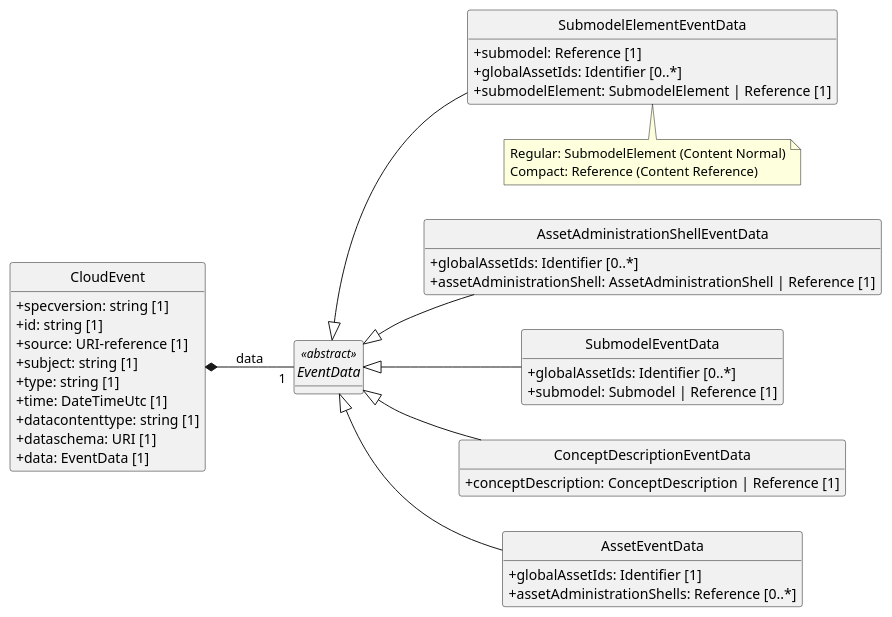
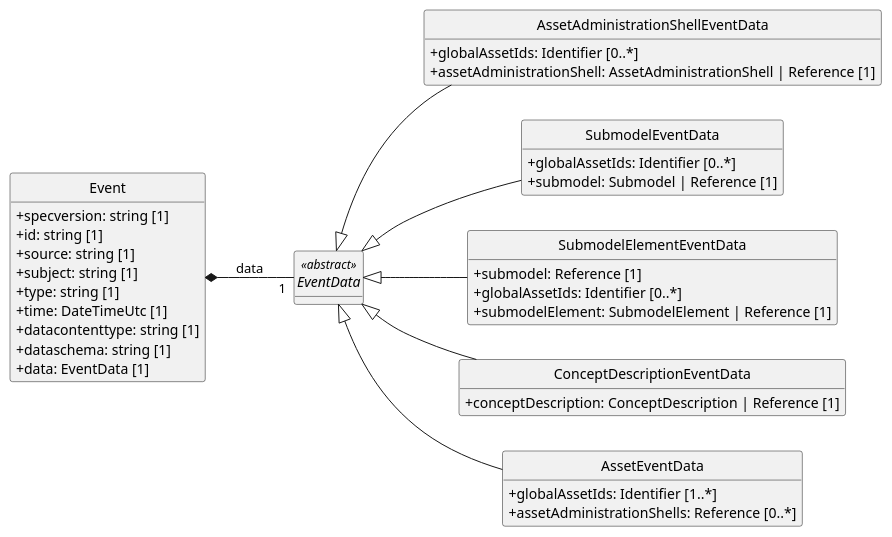
One commit to aaronzi/aas-specs-api changed the diagram in documentation/IDTA-01002-3/modules/ROOT/partials/diagrams/eventing-event-data.puml. Above: the diagram before and after it, drawn with PlantUML. The commit also changed 8 other files, not shown here.

```diff
--- a/documentation/IDTA-01002-3/modules/ROOT/partials/diagrams/eventing-event-data.puml
+++ b/documentation/IDTA-01002-3/modules/ROOT/partials/diagrams/eventing-event-data.puml
@@ -1,60 +1,55 @@
 @startuml
 !pragma useIntermediatePackages false
 hide circle
 skinparam classAttributeIconSize 0
 hide methods
 left to right direction
 
-class CloudEvent {
+class Event {
   +specversion: string [1]
   +id: string [1]
-  +source: URI-reference [1]
+  +source: string [1]
   +subject: string [1]
   +type: string [1]
   +time: DateTimeUtc [1]
   +datacontenttype: string [1]
-  +dataschema: URI [1]
+  +dataschema: string [1]
   +data: EventData [1]
 }
 
 abstract class EventData <<abstract>> {
 }
 
 class AssetAdministrationShellEventData {
   +globalAssetIds: Identifier [0..*]
   +assetAdministrationShell: AssetAdministrationShell | Reference [1]
 }
 
 class SubmodelEventData {
   +globalAssetIds: Identifier [0..*]
   +submodel: Submodel | Reference [1]
 }
 
 class SubmodelElementEventData {
   +submodel: Reference [1]
   +globalAssetIds: Identifier [0..*]
   +submodelElement: SubmodelElement | Reference [1]
 }
 
 class ConceptDescriptionEventData {
   +conceptDescription: ConceptDescription | Reference [1]
 }
 
 class AssetEventData {
-  +globalAssetIds: Identifier [1]
+  +globalAssetIds: Identifier [1..*]
   +assetAdministrationShells: Reference [0..*]
 }
 
-CloudEvent *-- "1" EventData : data
+Event *-- "1" EventData : data
 EventData <|-- AssetAdministrationShellEventData
 EventData <|-- SubmodelEventData
 EventData <|-- SubmodelElementEventData
 EventData <|-- ConceptDescriptionEventData
 EventData <|-- AssetEventData
 
-note bottom of SubmodelElementEventData
-  Regular: SubmodelElement (Content Normal)
-  Compact: Reference (Content Reference)
-end note
-
 @enduml
```
